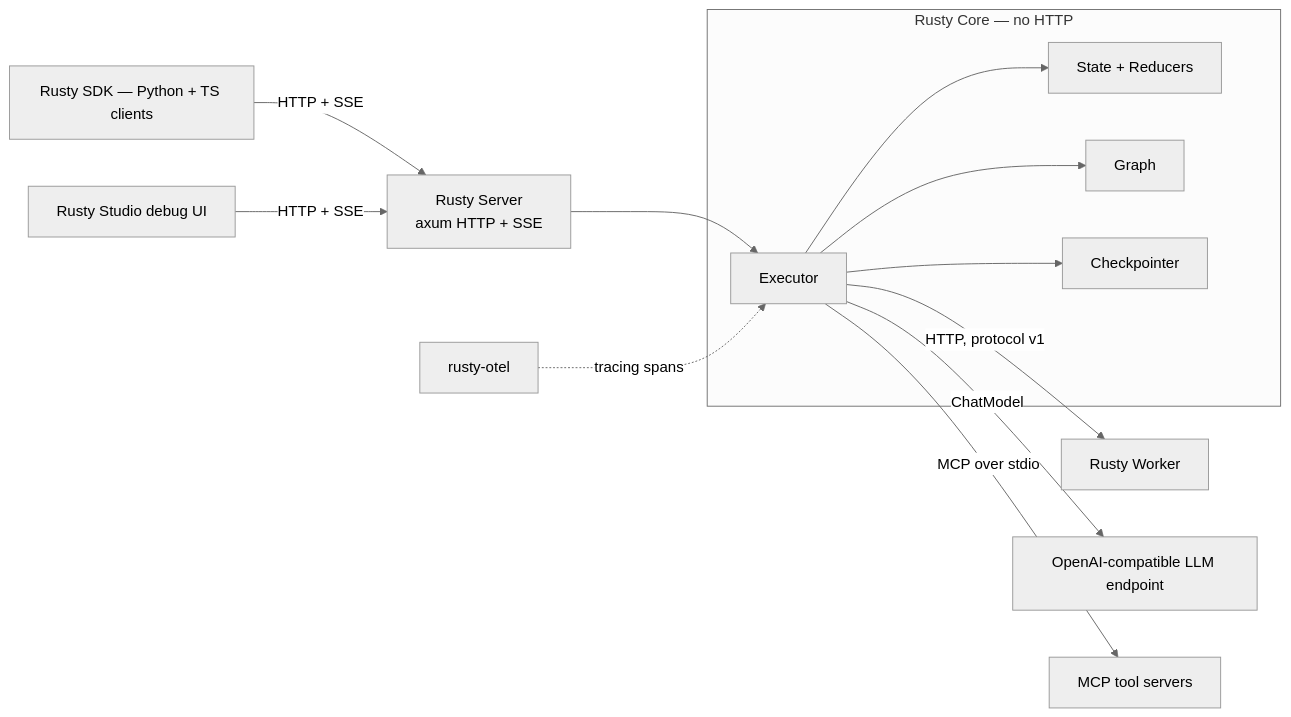
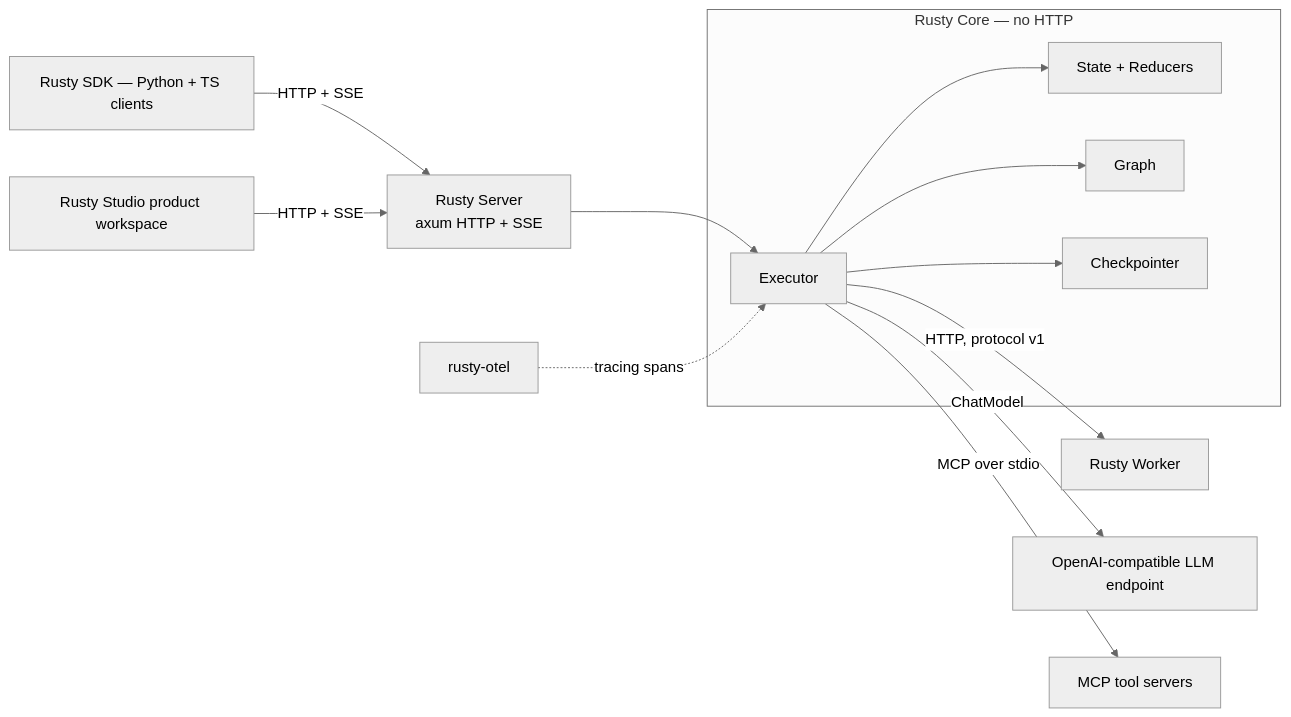
The first of 8 diagrams in docs/architecture.md (dev-amjad-shaikh/rusty), drawn with Mermaid (neutral theme) before and after one commit. The commit also changed other lines of this file and 67 other files, not shown here.

````diff
--- a/docs/architecture.md
+++ b/docs/architecture.md
@@ -23,15 +23,15 @@
 ```mermaid
 flowchart LR
     subgraph core["Rusty Core — no HTTP"]
         E["Executor"] --> S["State + Reducers"]
         E --> G["Graph"]
         E --> C["Checkpointer"]
     end
     SRV["Rusty Server<br>axum HTTP + SSE"] --> E
     E -->|"HTTP, protocol v1"| WRK["Rusty Worker"]
     OTL["rusty-otel"] -.->|"tracing spans"| E
     SDK["Rusty SDK — Python + TS clients"] -->|"HTTP + SSE"| SRV
-    STU["Rusty Studio debug UI"] -->|"HTTP + SSE"| SRV
+    STU["Rusty Studio product workspace"] -->|"HTTP + SSE"| SRV
     E -->|"ChatModel"| LLM["OpenAI-compatible LLM endpoint"]
     E -->|"MCP over stdio"| MCP["MCP tool servers"]
 ```
````
